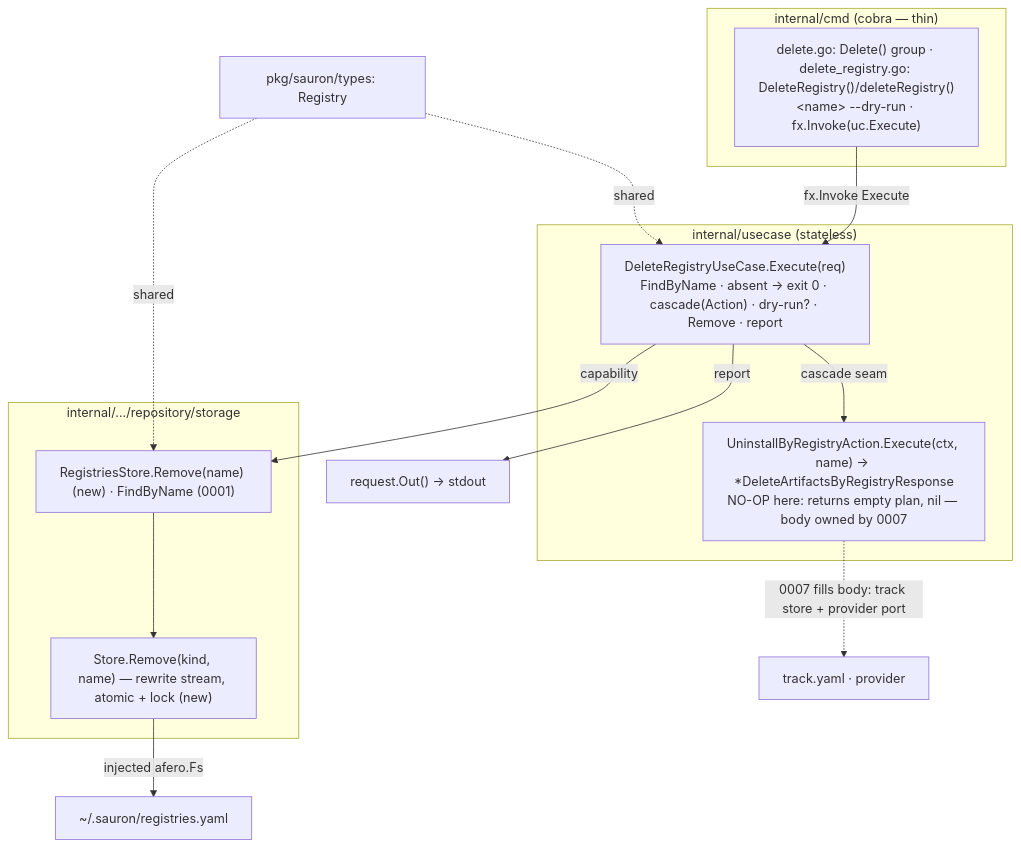
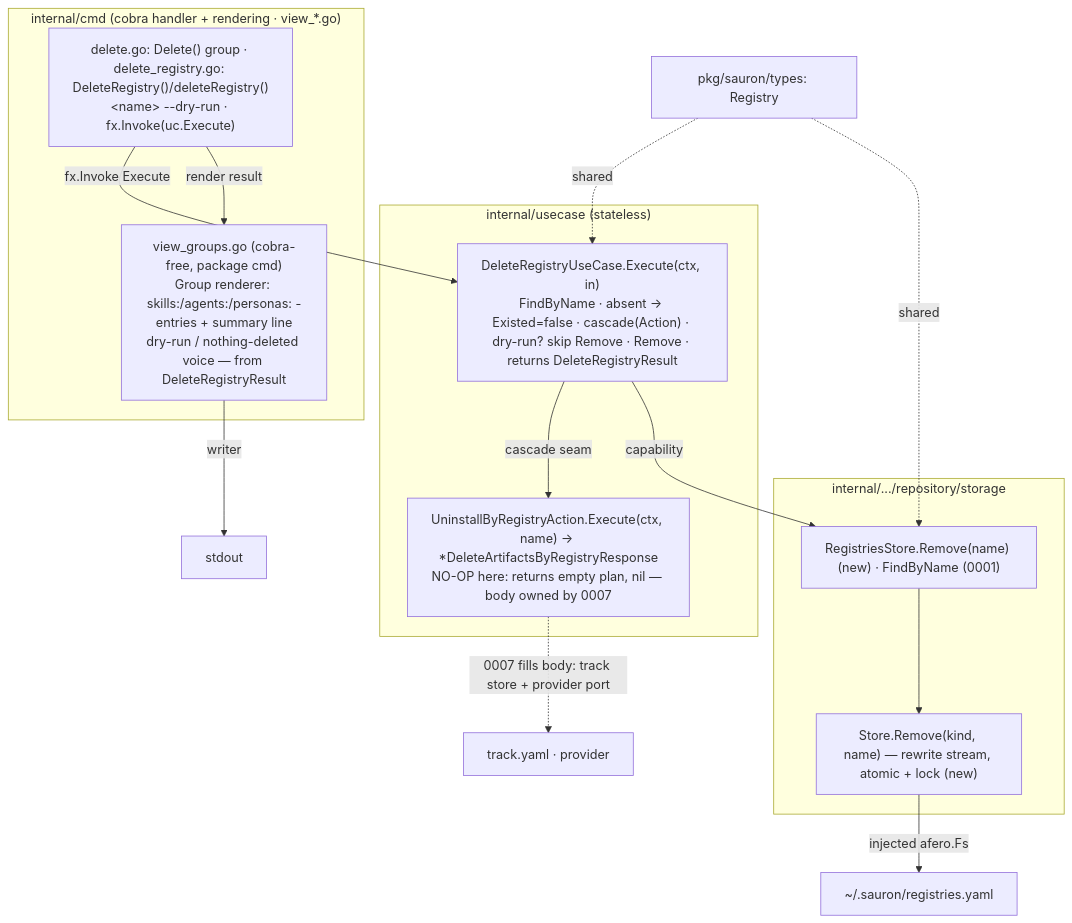
The diagram in spec/0004-delete-registry/plan.md (Delfimarime/sauron), drawn with Mermaid before and after one commit. The commit also changed other lines of this file and 36 other files, not shown here.

````diff
--- a/spec/0004-delete-registry/plan.md
+++ b/spec/0004-delete-registry/plan.md
@@ -78,25 +78,27 @@
 ```mermaid
 graph TD
-  subgraph cmd["internal/cmd (cobra — thin)"]
+  subgraph cmd["internal/cmd (cobra handler + rendering · view_*.go)"]
     DC["delete.go: Delete() group · delete_registry.go: DeleteRegistry()/deleteRegistry()<br/>&lt;name&gt; --dry-run · fx.Invoke(uc.Execute)"]
+    GR["view_groups.go (cobra-free, package cmd)<br/>Group renderer: skills:/agents:/personas: -entries + summary line<br/>dry-run / nothing-deleted voice — from DeleteRegistryResult"]
   end
   subgraph uc["internal/usecase (stateless)"]
-    UC["DeleteRegistryUseCase.Execute(req)<br/>FindByName · absent → exit 0 · cascade(Action) · dry-run? · Remove · report"]
+    UC["DeleteRegistryUseCase.Execute(ctx, in)<br/>FindByName · absent → Existed=false · cascade(Action) · dry-run? skip Remove · Remove · returns DeleteRegistryResult"]
     AC["UninstallByRegistryAction.Execute(ctx, name) → *DeleteArtifactsByRegistryResponse<br/>NO-OP here: returns empty plan, nil — body owned by 0007"]
   end
   subgraph store["internal/.../repository/storage"]
     RS["RegistriesStore.Remove(name) (new) · FindByName (0001)"]
     ST["Store.Remove(kind, name) — rewrite stream, atomic + lock (new)"]
   end
   TYPES["pkg/sauron/types: Registry"]
 
   DC -->|fx.Invoke Execute| UC
   UC -->|cascade seam| AC
   UC -->|capability| RS
   RS --> ST
   ST -->|injected afero.Fs| HOME["~/.sauron/registries.yaml"]
-  UC -->|report| OUT["request.Out() → stdout"]
+  DC -->|render result| GR
+  GR -->|writer| OUT["stdout"]
   AC -.0007 fills body: track store + provider port.-> FUTURE["track.yaml · provider"]
   TYPES -.shared.-> UC
   TYPES -.shared.-> RS
 ```
````
